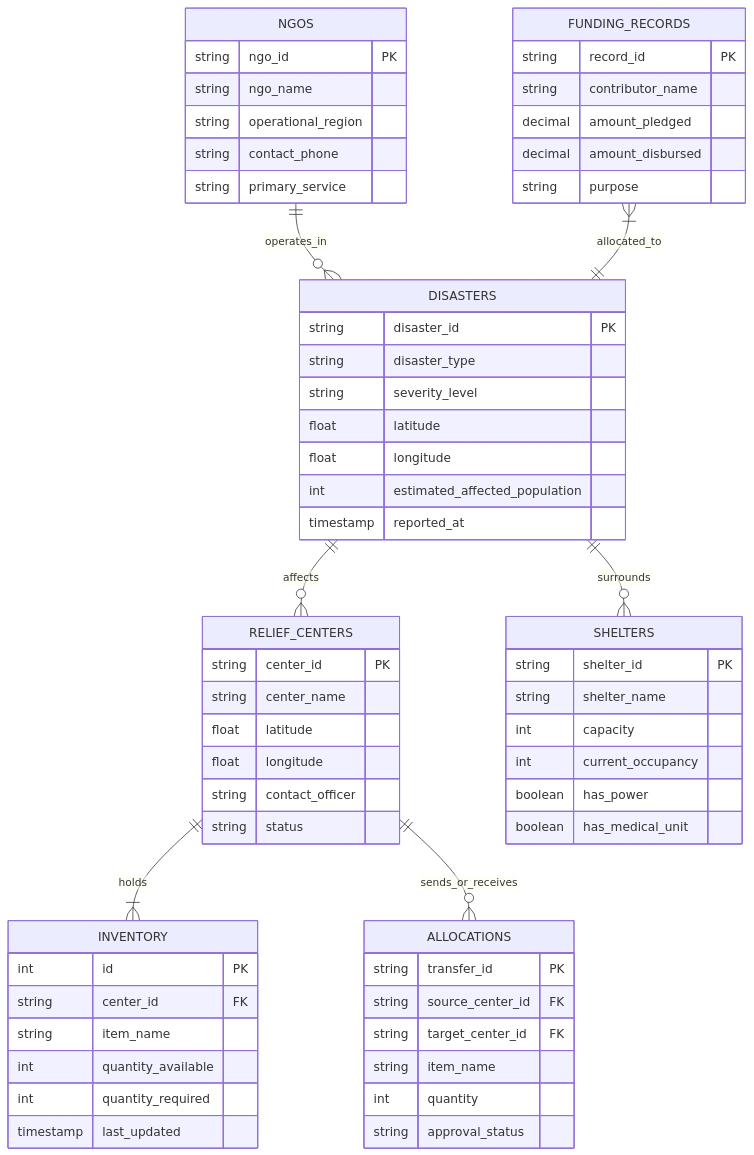
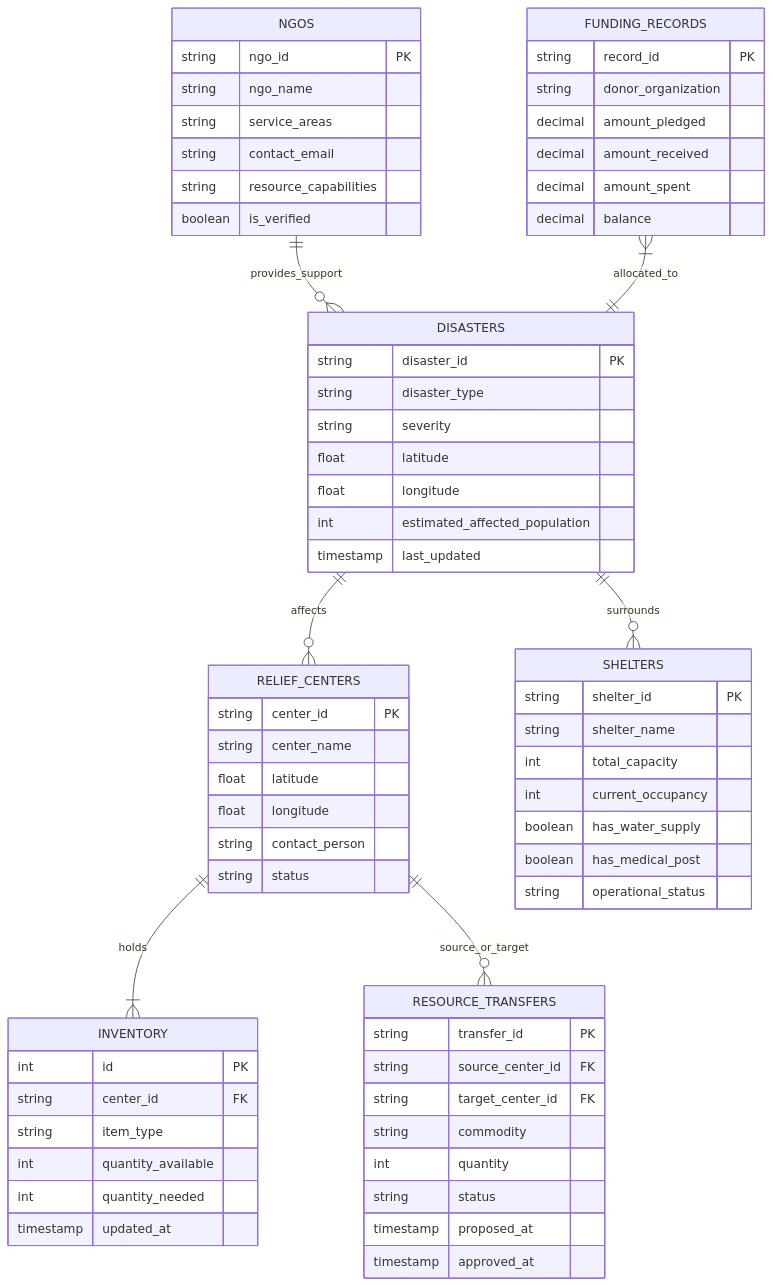
One commit to Ankitha89/workshop changed the third of 3 diagrams in README.md. Above: the diagram before and after it, drawn with Mermaid. The commit also changed other lines of this file, not shown here.

````diff
--- a/README.md
+++ b/README.md
@@ -414,71 +432,76 @@
 ```mermaid
 erDiagram
     DISASTERS ||--o{ RELIEF_CENTERS : affects
     DISASTERS ||--o{ SHELTERS : surrounds
     RELIEF_CENTERS ||--|{ INVENTORY : holds
-    RELIEF_CENTERS ||--o{ ALLOCATIONS : sends_or_receives
-    NGOS ||--o{ DISASTERS : operates_in
+    RELIEF_CENTERS ||--o{ RESOURCE_TRANSFERS : source_or_target
+    NGOS ||--o{ DISASTERS : provides_support
     FUNDING_RECORDS }|--|| DISASTERS : allocated_to
 
     DISASTERS {
         string disaster_id PK
         string disaster_type
-        string severity_level
+        string severity
         float latitude
         float longitude
         int estimated_affected_population
-        timestamp reported_at
+        timestamp last_updated
     }
 
     RELIEF_CENTERS {
         string center_id PK
         string center_name
         float latitude
         float longitude
-        string contact_officer
+        string contact_person
         string status
     }
 
     INVENTORY {
         int id PK
         string center_id FK
-        string item_name
+        string item_type
         int quantity_available
-        int quantity_required
-        timestamp last_updated
+        int quantity_needed
+        timestamp updated_at
     }
 
     SHELTERS {
         string shelter_id PK
         string shelter_name
-        int capacity
+        int total_capacity
         int current_occupancy
-        boolean has_power
-        boolean has_medical_unit
+        boolean has_water_supply
+        boolean has_medical_post
+        string operational_status
     }
 
     NGOS {
         string ngo_id PK
         string ngo_name
-        string operational_region
-        string contact_phone
-        string primary_service
+        string service_areas
+        string contact_email
+        string resource_capabilities
+        boolean is_verified
     }
 
-    ALLOCATIONS {
+    RESOURCE_TRANSFERS {
         string transfer_id PK
         string source_center_id FK
         string target_center_id FK
-        string item_name
+        string commodity
         int quantity
-        string approval_status
+        string status
+        timestamp proposed_at
+        timestamp approved_at
     }
 
     FUNDING_RECORDS {
         string record_id PK
-        string contributor_name
+        string donor_organization
         decimal amount_pledged
-        decimal amount_disbursed
-        string purpose
+        decimal amount_received
+        decimal amount_spent
+        decimal balance
     }
 ```
````
